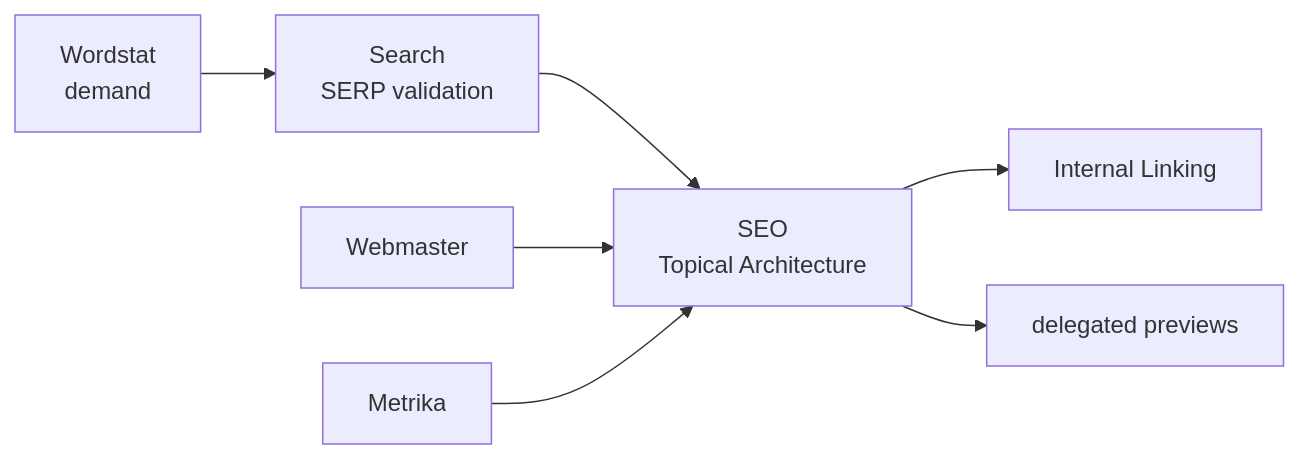
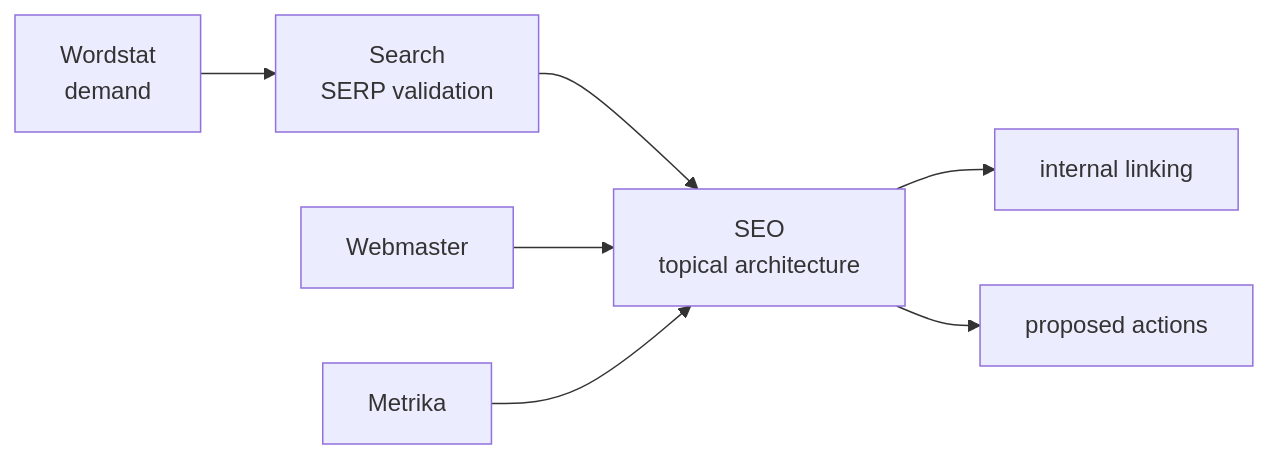
One commit to trafficolog/yandex-ai-plugins-skills changed the first of 2 diagrams in README.en.md. Above: the diagram before and after it, drawn with Mermaid. The commit also changed other lines of this file and 1 other file, not shown here.

````diff
--- a/README.en.md
+++ b/README.en.md
@@ -106,9 +168,9 @@
 ```mermaid
 flowchart LR
   W[Wordstat<br/>demand] --> S[Search<br/>SERP validation]
-  S --> SEO[SEO<br/>Topical Architecture]
+  S --> SEO[SEO<br/>topical architecture]
   WM[Webmaster] --> SEO
   M[Metrika] --> SEO
-  SEO --> IL[Internal Linking]
-  SEO --> P[delegated previews]
+  SEO --> IL[internal linking]
+  SEO --> P[proposed actions]
 ```
````
